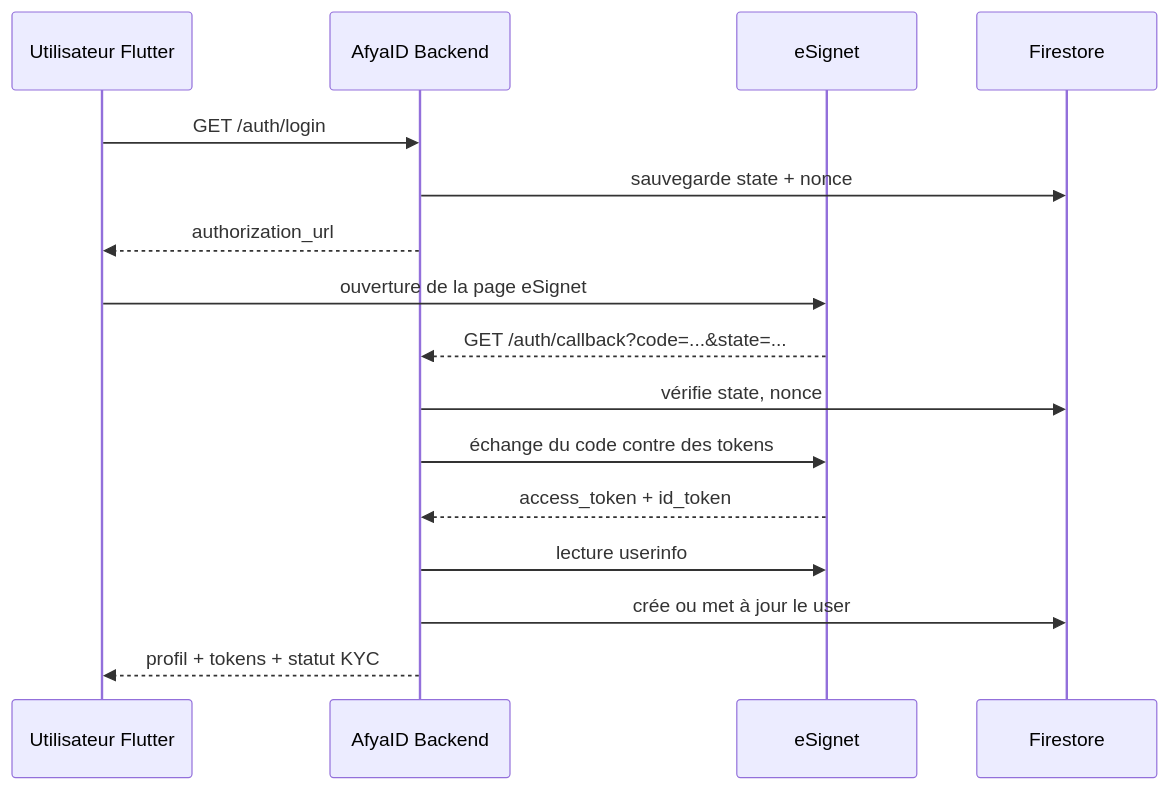
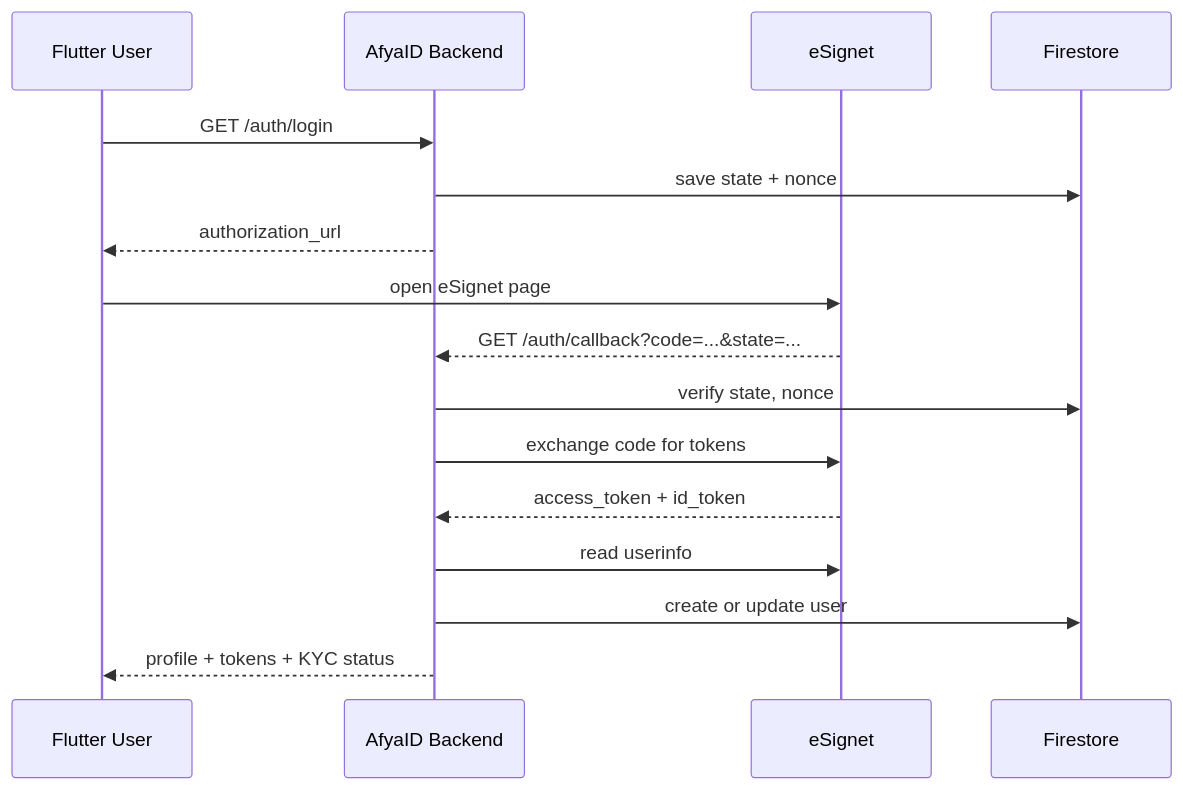
Before and after one commit to AbraImani/AfyaId-Backend: the second of 3 diagrams in docs/API documentation.md, drawn with Mermaid. The commit also changed other lines of this file and 8 other files, not shown here.

````diff
--- a/docs/API documentation.md
+++ b/docs/API documentation.md
@@ -43,19 +43,19 @@
 ```mermaid
 sequenceDiagram
-    participant U as Utilisateur Flutter
+    participant U as Flutter User
     participant A as AfyaID Backend
     participant E as eSignet
     participant F as Firestore
 
     U->>A: GET /auth/login
-    A->>F: sauvegarde state + nonce
+    A->>F: save state + nonce
     A-->>U: authorization_url
-    U->>E: ouverture de la page eSignet
+    U->>E: open eSignet page
     E-->>A: GET /auth/callback?code=...&state=...
-    A->>F: vérifie state, nonce
-    A->>E: échange du code contre des tokens
+    A->>F: verify state, nonce
+    A->>E: exchange code for tokens
     E-->>A: access_token + id_token
-    A->>E: lecture userinfo
-    A->>F: crée ou met à jour le user
-    A-->>U: profil + tokens + statut KYC
+    A->>E: read userinfo
+    A->>F: create or update user
+    A-->>U: profile + tokens + KYC status
 ```
````
